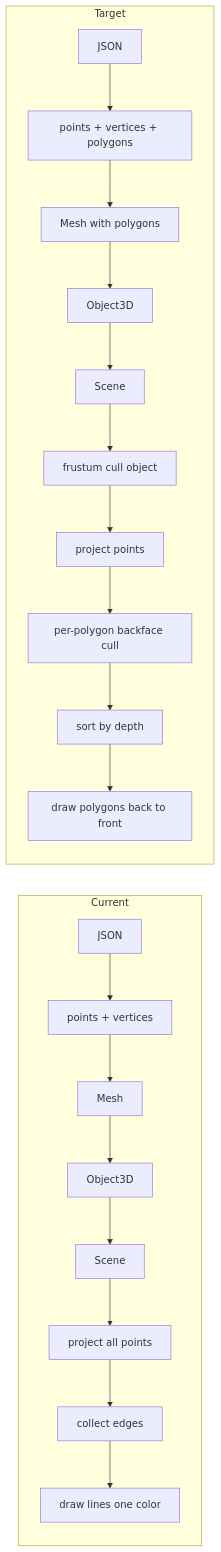
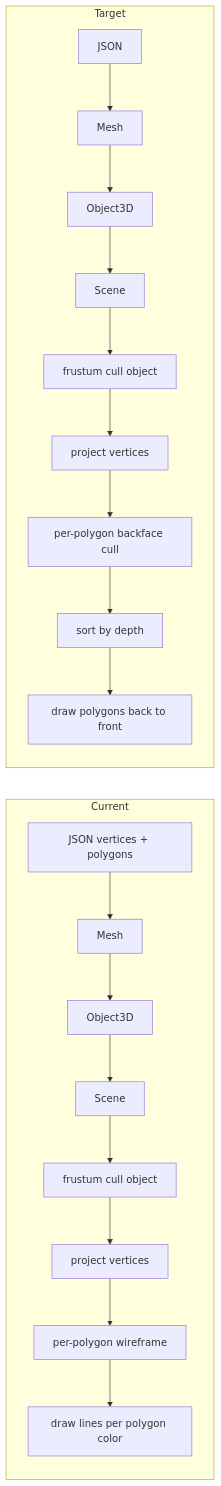
One commit to Lucas1981/advanced-wireframe changed the diagram in plan.md. Above: the diagram before and after it, drawn with Mermaid. The commit also changed other lines of this file and 8 other files, not shown here.

Commit message:
Refactor to represent vertices and polygons well and implement

````diff
--- a/plan.md
+++ b/plan.md
@@ -68,24 +70,23 @@
 ```mermaid
 flowchart LR
   subgraph current [Current]
-    A1[JSON] --> A2[points + vertices]
-    A2 --> A3[Mesh]
-    A3 --> A4[Object3D]
-    A4 --> A5[Scene]
-    A5 --> A6[project all points]
-    A6 --> A7[collect edges]
-    A7 --> A8[draw lines one color]
+    A1[JSON vertices + polygons] --> A2[Mesh]
+    A2 --> A3[Object3D]
+    A3 --> A4[Scene]
+    A4 --> A5[frustum cull object]
+    A5 --> A6[project vertices]
+    A6 --> A7[per-polygon wireframe]
+    A7 --> A8[draw lines per polygon color]
   end
 
   subgraph target [Target]
-    B1[JSON] --> B2[points + vertices + polygons]
-    B2 --> B3[Mesh with polygons]
-    B3 --> B4[Object3D]
-    B4 --> B5[Scene]
-    B5 --> B6[frustum cull object]
-    B6 --> B7[project points]
-    B7 --> B8[per-polygon backface cull]
-    B8 --> B9[sort by depth]
-    B9 --> B10[draw polygons back to front]
+    B1[JSON] --> B2[Mesh]
+    B2 --> B3[Object3D]
+    B3 --> B4[Scene]
+    B4 --> B5[frustum cull object]
+    B5 --> B6[project vertices]
+    B6 --> B7[per-polygon backface cull]
+    B7 --> B8[sort by depth]
+    B8 --> B9[draw polygons back to front]
   end
 ```
````
